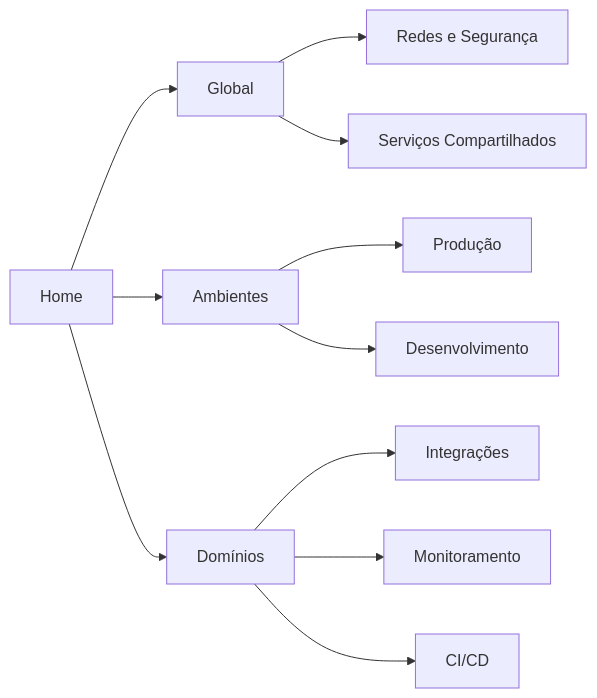
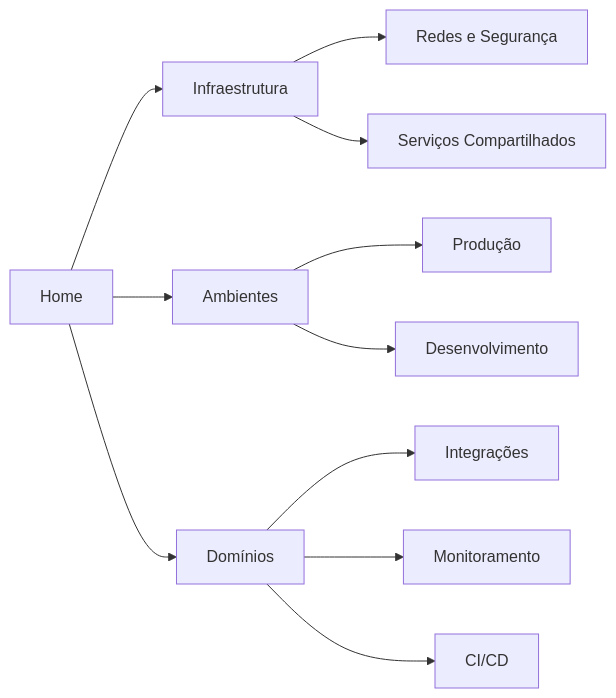
One commit to jefaokpta/wiki-vip changed the diagram in docs/README.md. Above: the diagram before and after it, drawn with Mermaid. The commit also changed 4 other files, not shown here.

Commit message:
renomeado de global pra infraestrutura Update documentation to replace 'Global' with 'Infraestrutura' for consistency across README and sidebar, and adjust links in CI/CD and monitoring sections accordingly.

````diff
--- a/docs/README.md
+++ b/docs/README.md
@@ -32,13 +32,13 @@
 ```mermaid
 flowchart LR
-    Home[Home] --> Global[Global]
+    Home[Home] --> Infra[Infraestrutura]
     Home --> Ambientes[Ambientes]
     Home --> Dominios[Domínios]
-    Global --> Redes[Redes e Segurança]
-    Global --> Servicos[Serviços Compartilhados]
+    Infra --> Redes[Redes e Segurança]
+    Infra --> Servicos[Serviços Compartilhados]
     Ambientes --> Prod[Produção]
     Ambientes --> Dev[Desenvolvimento]
     Dominios --> Integracoes[Integrações]
     Dominios --> Monitoramento[Monitoramento]
     Dominios --> Cicd[CI/CD]
 ```
````
